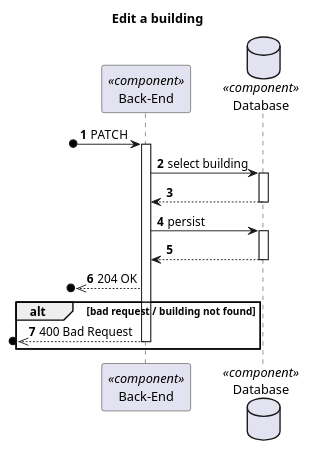
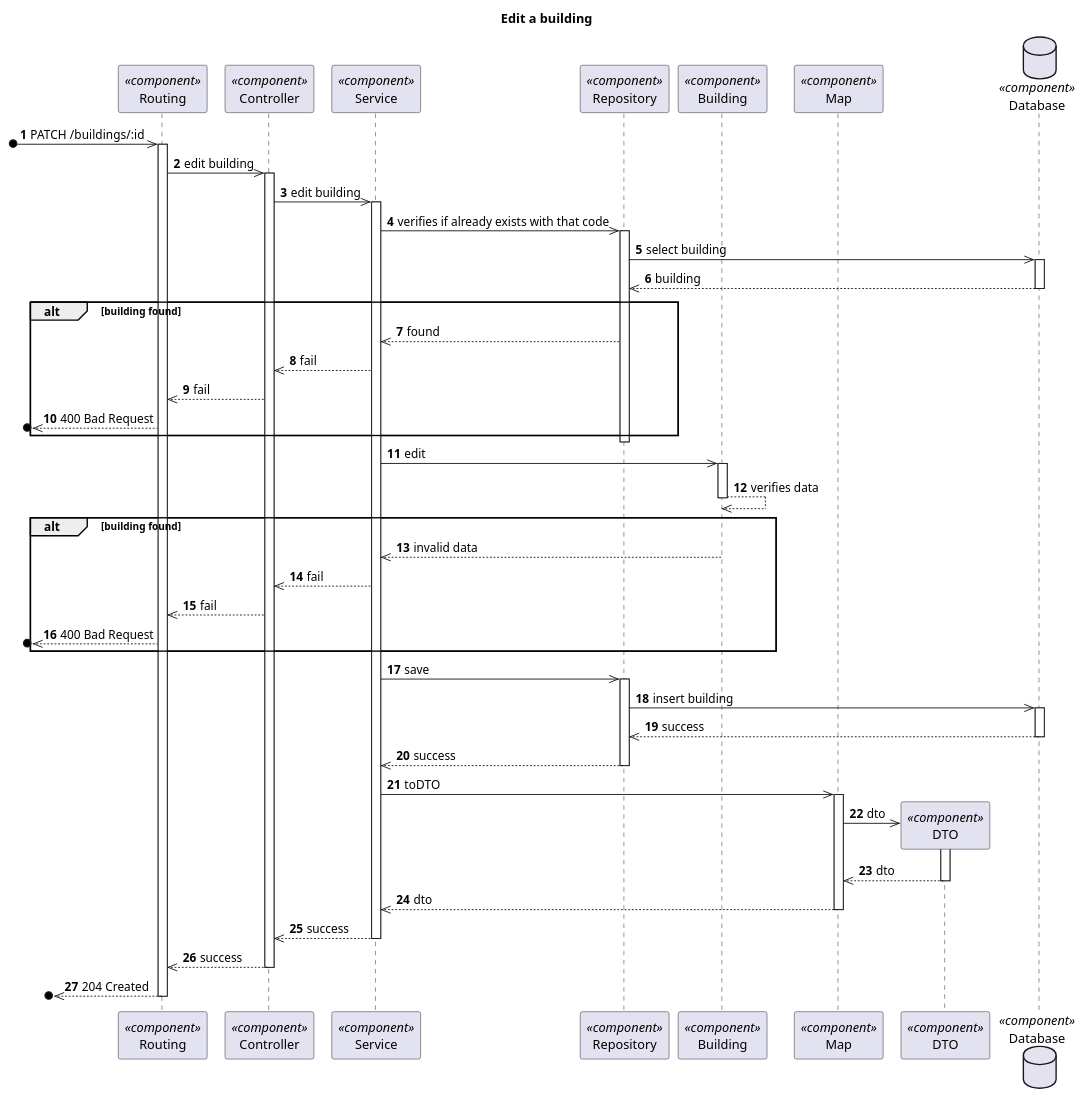
The diagram in docs/Vista Processo/US160/ProcessView_Level3_US160.puml (1210910/lapr5), drawn with PlantUML before and after one commit. The commit also changed 14 other files, not shown here.

Commit message:
Update Level 3 Process Diagrams

```diff
--- a/docs/Vista Processo/US160/ProcessView_Level3_US160.puml
+++ b/docs/Vista Processo/US160/ProcessView_Level3_US160.puml
@@ -1,33 +1,95 @@
 @startuml Process View - Level 3
 
 autonumber
 skinparam packageStyle rect
 
 title Edit a building
 
-participant "Back-End" as BE <<component>>
-database "Database" as DB <<component>>
+participant "Routing" as routing <<component>>
+participant "Controller" as controller <<component>>
+participant "Service" as service <<component>>
+participant "Repository" as buildingrepo <<component>>
+participant "Building" as building <<component>>
+participant "Map" as map <<component>>
+participant "DTO" as dto <<component>>
+database "Database" as db <<component>>
 
-?o-> BE : PATCH
+?o->> routing : PATCH /buildings/:id
+activate routing
+routing ->> controller : edit building
 
-activate BE
+activate controller
+controller ->> service : edit building
 
-BE -> DB : select building
-activate DB
-DB --> BE
-deactivate DB
+activate service
+service ->> buildingrepo : verifies if already exists with that code
+
+activate buildingrepo
+buildingrepo ->> db : select building
+activate db
+db -->> buildingrepo : building
+deactivate db
+alt building found
+    buildingrepo -->> service :  found
+
+    service -->> controller : fail
+    controller -->> routing : fail
+    ?o<<-- routing : 400 Bad Request
+end alt
+
+deactivate buildingrepo
+
+service ->> building : edit
+activate building
+building -->> building: verifies data
 
 
-BE -> DB : persist
-activate DB
-DB --> BE
-deactivate DB
+deactivate building
 
-?o<<-- BE : 204 OK
+alt building found
+    building -->> service : invalid data
 
-alt bad request / building not found
-?o<<-- BE : 400 Bad Request
-deactivate BE
-end
+    service -->> controller : fail
+    controller -->> routing : fail
+    ?o<<-- routing : 400 Bad Request
+end alt
+
+
+
+
+
+
+service ->> buildingrepo : save
+activate buildingrepo
+
+buildingrepo ->> db : insert building
+
+activate db
+db -->> buildingrepo : success
+
+deactivate db
+buildingrepo -->> service : success
+deactivate buildingrepo
+
+service ->> map: toDTO
+activate map
+map ->> dto**: dto
+activate dto
+dto -->> map: dto
+deactivate dto
+map-->> service: dto
+deactivate map
+
+
+deactivate buildingrepo
+
+service -->> controller : success
+deactivate service
+
+controller -->> routing : success
+deactivate controller
+
+?o<<-- routing : 204 Created
+deactivate routing
 
 @enduml
```
